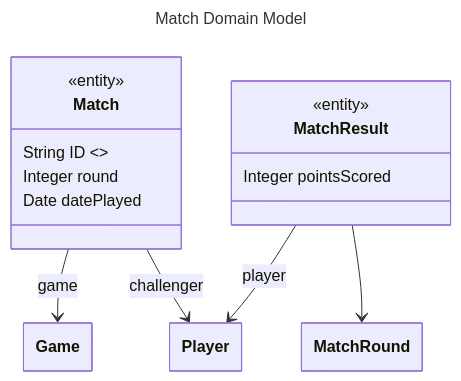
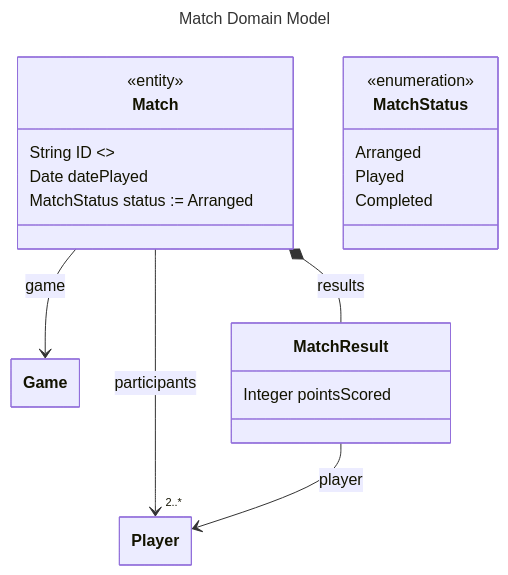
One commit to AdrianMiley/War-Games-League changed the diagram in design/data/match.md. Above: the diagram before and after it, drawn with Mermaid. The commit also changed other lines of this file and 1 other file, not shown here.

Commit message:
Updating Domain Data Model to align with League Rules and adding some validation rules

````diff
--- a/design/data/match.md
+++ b/design/data/match.md
@@ -9,27 +9,33 @@
 ```mermaid
 ---
   title: Match Domain Model
   config:
     class:
       hideEmptyMembersBox: true
 ---
 %%    namespace "match"
 %%    import "design/data/game/Game" as Game
 %%    import "design/data/player/Player" as Player
 classDiagram
     class Match{
         <<entity>>
         String ID <<key>>
-        Integer round
-        Date datePlayed        
+        Date datePlayed    
+        MatchStatus status := Arranged
     }
     Match --> Game : game
-    Match --> Player : challenger
+    Match --> "2..*" Player : participants
     
     class MatchResult {
-        <<entity>>
         Integer pointsScored
     }
+    Match *-- MatchResult : results
     MatchResult --> Player : player
-    MatchResult --> MatchRound
+    
+    class MatchStatus {
+        <<enumeration>>
+        Arranged
+        Played
+        Completed
+    }
 ```
````
